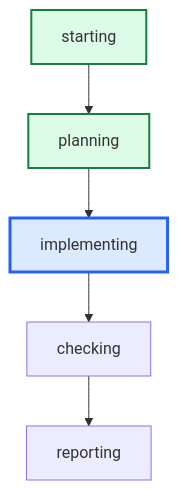
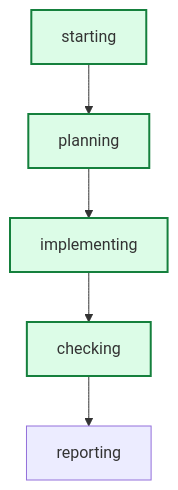
Before and after one commit to daniell0gda/hermes-feature-check-dashboard: the diagram in runs/req-117-gen-hud-textures-r2/graph.mmd, drawn with Mermaid. The commit also changed 39 other files, not shown here.

```diff
--- a/runs/req-117-gen-hud-textures-r2/graph.mmd
+++ b/runs/req-117-gen-hud-textures-r2/graph.mmd
@@ -1,12 +1,13 @@
 graph TD
     starting --> planning
     planning --> implementing
     implementing --> checking
     checking --> reporting
 
 classDef done fill:#dcfce7,stroke:#15803d,stroke-width:2px;
 classDef active fill:#dbeafe,stroke:#2563eb,stroke-width:3px;
 classDef failed fill:#fee2e2,stroke:#b42318,stroke-width:2px;
-class implementing active;
+class implementing done;
+class checking done;
 class starting done;
 class planning done;
```
